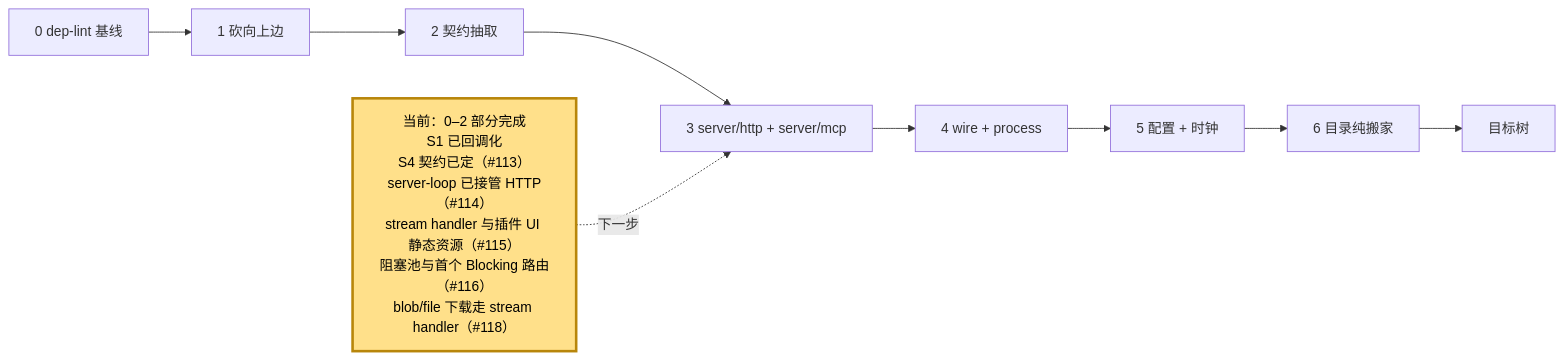
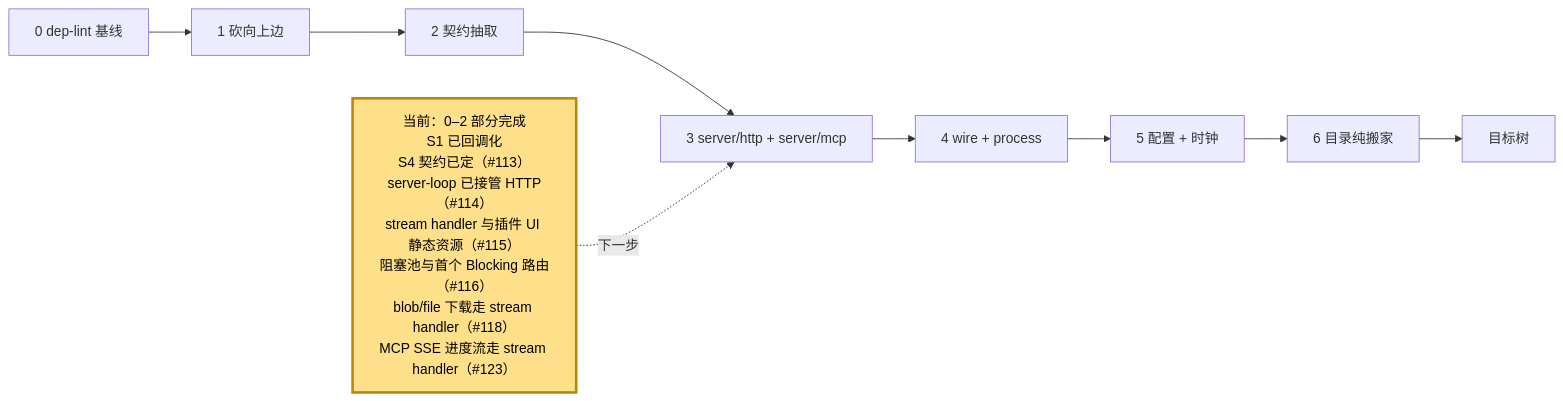
One commit to webxxxxx/plugin-manager changed the fifth of 5 diagrams in docs/architecture.md. Above: the diagram before and after it, drawn with Mermaid. The commit also changed other lines of this file and 10 other files, not shown here.

First line of the commit message:
feat(server): MCP SSE 进度流走 StreamHandler (#123)

````diff
--- a/docs/architecture.md
+++ b/docs/architecture.md
@@ -378,15 +378,15 @@
 ```mermaid
 flowchart LR
     S0["0 dep-lint 基线"] --> S1["1 砍向上边"]
     S1 --> S2["2 契约抽取"]
     S2 --> S3["3 server/http + server/mcp"]
     S3 --> S4["4 wire + process"]
     S4 --> S5["5 配置 + 时钟"]
     S5 --> S6["6 目录纯搬家"]
     S6 --> DONE["目标树"]
 
-    NOW["当前：0–2 部分完成<br/>S1 已回调化<br/>S4 契约已定（#113）<br/>server-loop 已接管 HTTP（#114）<br/>stream handler 与插件 UI 静态资源（#115）<br/>阻塞池与首个 Blocking 路由（#116）<br/>blob/file 下载走 stream handler（#118）"]:::current
+    NOW["当前：0–2 部分完成<br/>S1 已回调化<br/>S4 契约已定（#113）<br/>server-loop 已接管 HTTP（#114）<br/>stream handler 与插件 UI 静态资源（#115）<br/>阻塞池与首个 Blocking 路由（#116）<br/>blob/file 下载走 stream handler（#118）<br/>MCP SSE 进度流走 stream handler（#123）"]:::current
     NOW -.->|下一步| S3
 
     classDef current fill:#ffe08a,stroke:#b8860b,stroke-width:3px,color:#000
 ```
````
